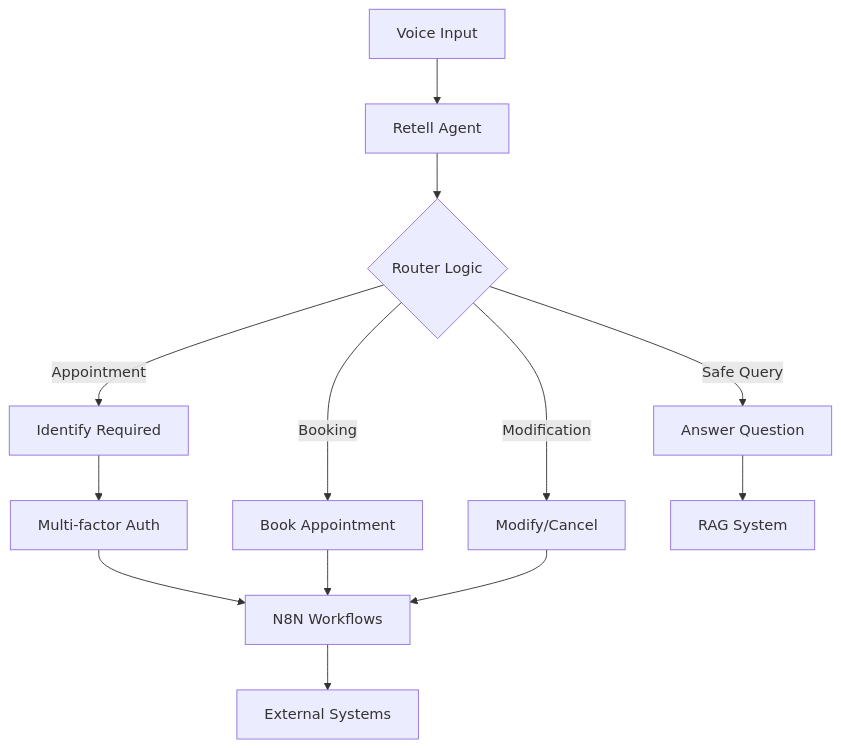
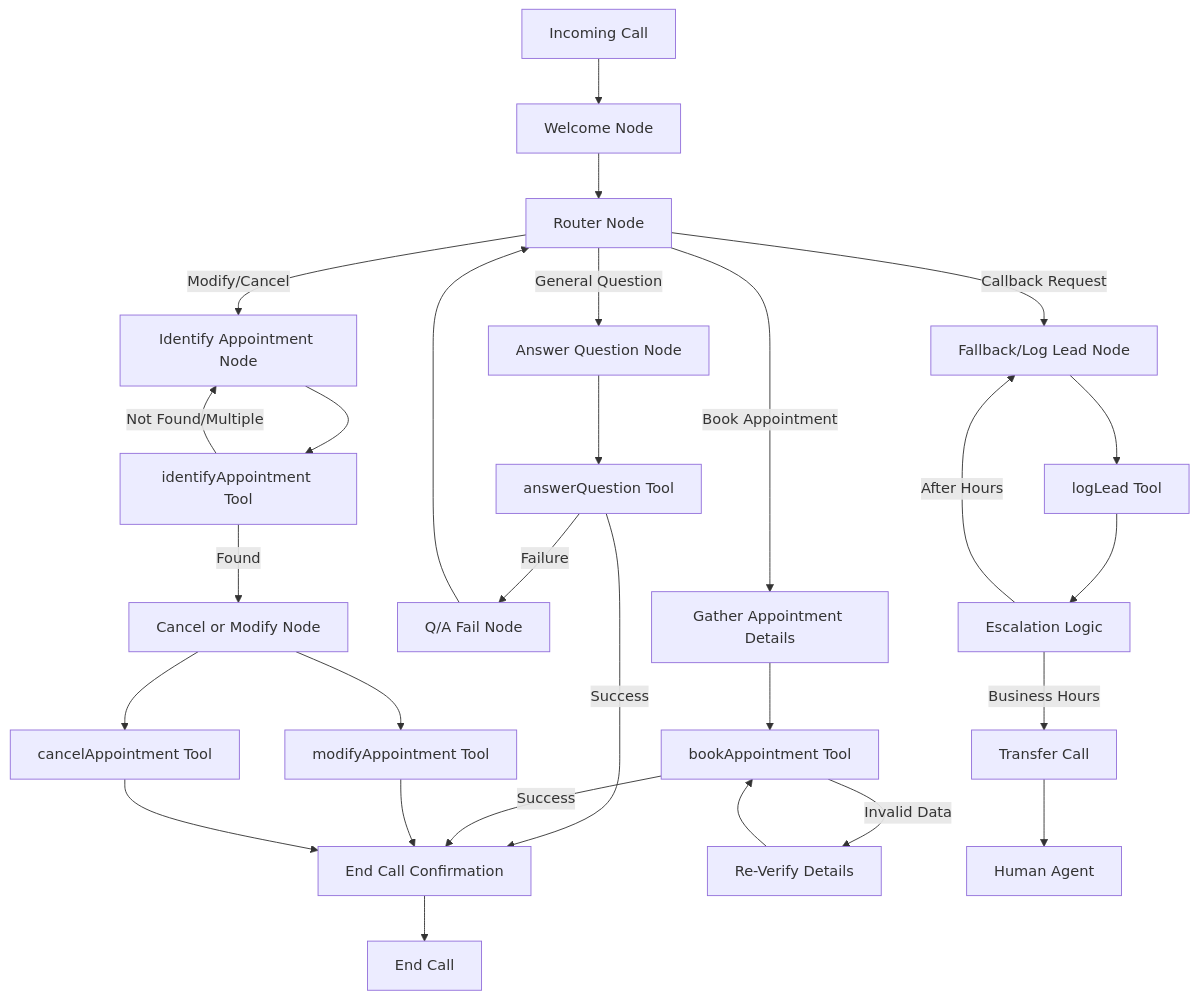
One commit to raulduk3/ai-voice-reception-template changed the diagram in README.md. Above: the diagram before and after it, drawn with Mermaid. The commit also changed other lines of this file and 4 other files, not shown here.

````diff
--- a/README.md
+++ b/README.md
@@ -127,15 +155,37 @@
 ```mermaid
 graph TD
-    A[Voice Input] --> B[Retell Agent]
-    B --> C{Router Logic}
-    C -->|Safe Query| D[Answer Question]
-    C -->|Appointment| E[Identify Required]
-    C -->|Booking| F[Book Appointment]
-    C -->|Modification| G[Modify/Cancel]
-    E --> H[Multi-factor Auth]
-    H --> I[N8N Workflows]
-    F --> I
-    G --> I
-    D --> J[RAG System]
-    I --> K[External Systems]
+    A[Incoming Call] --> B[Welcome Node]
+    B --> C[Router Node]
+    
+    C -->|General Question| D[Answer Question Node]
+    C -->|Book Appointment| E[Gather Appointment Details]
+    C -->|Modify/Cancel| F[Identify Appointment Node]
+    C -->|Callback Request| G[Fallback/Log Lead Node]
+    
+    D --> H[answerQuestion Tool]
+    H -->|Success| I[End Call Confirmation]
+    H -->|Failure| J[Q/A Fail Node]
+    
+    E --> K[bookAppointment Tool]
+    K -->|Success| I
+    K -->|Invalid Data| L[Re-Verify Details]
+    L --> K
+    
+    F --> M[identifyAppointment Tool]
+    M -->|Found| N[Cancel or Modify Node]
+    M -->|Not Found/Multiple| F
+    
+    N --> O[modifyAppointment Tool]
+    N --> P[cancelAppointment Tool]
+    O --> I
+    P --> I
+    
+    G --> Q[logLead Tool]
+    Q --> R[Escalation Logic]
+    R -->|Business Hours| S[Transfer Call]
+    R -->|After Hours| G
+    
+    I --> T[End Call]
+    J --> C
+    S --> U[Human Agent]
 ```
````
